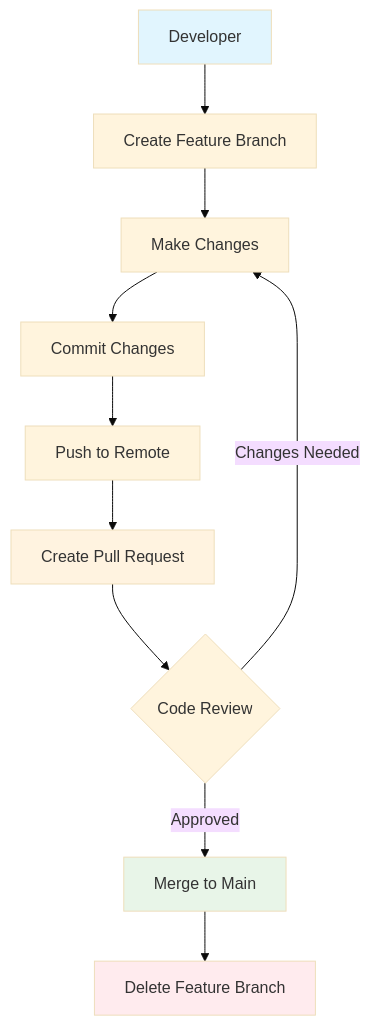
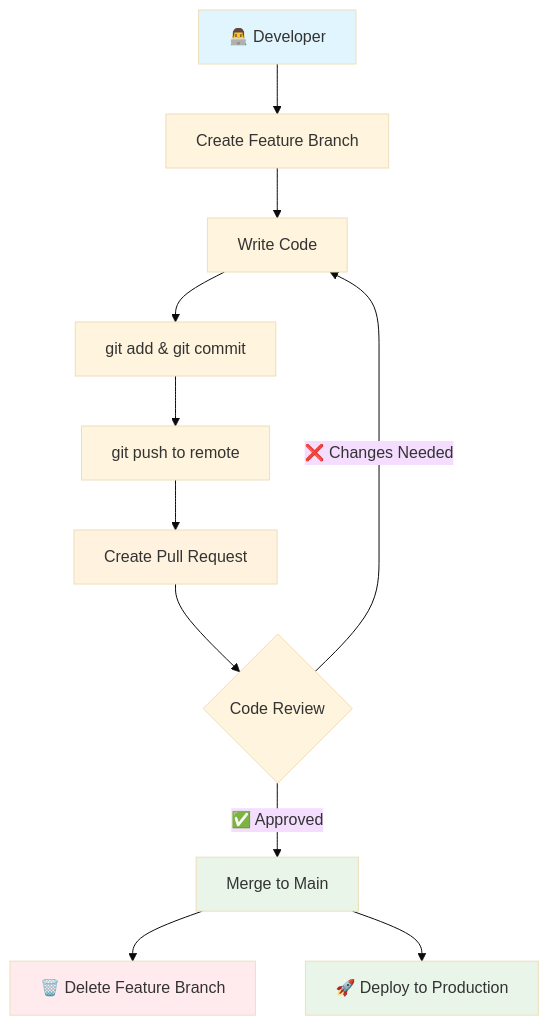
The ninth of 13 diagrams in 01 - Git/07 - Branches.md (blackmaskexe/github-foundations), drawn with Mermaid (base theme) before and after one commit. The commit also changed other lines of this file, not shown here.

Commit message:
replace gitgraph with mermaid

````diff
--- a/01 - Git/07 - Branches.md
+++ b/01 - Git/07 - Branches.md
@@ -266,17 +237,19 @@
 ```mermaid
-flowchart TD
-    A[Developer] --> B[Create Feature Branch]
-    B --> C[Make Changes]
-    C --> D[Commit Changes]
-    D --> E[Push to Remote]
+graph TD
+    A[👨‍💻 Developer] --> B[Create Feature Branch]
+    B --> C[Write Code]
+    C --> D[git add & git commit]
+    D --> E[git push to remote]
     E --> F[Create Pull Request]
     F --> G{Code Review}
-    G -->|Approved| H[Merge to Main]
-    G -->|Changes Needed| C
-    H --> I[Delete Feature Branch]
+    G -->|✅ Approved| H[Merge to Main]
+    G -->|❌ Changes Needed| C
+    H --> I[🗑️ Delete Feature Branch]
+    H --> J[🚀 Deploy to Production]
 
     style A fill:#e1f5fe
     style F fill:#fff3e0
     style H fill:#e8f5e8
     style I fill:#ffebee
+    style J fill:#e8f5e8
 ```
````
